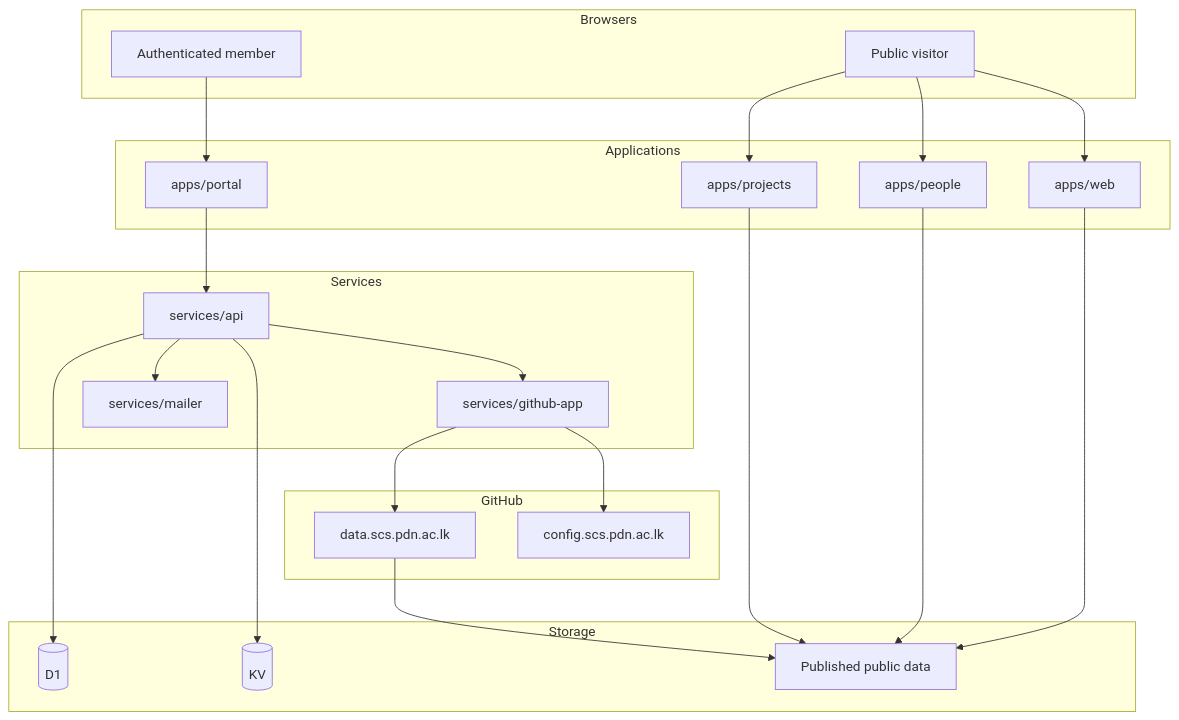
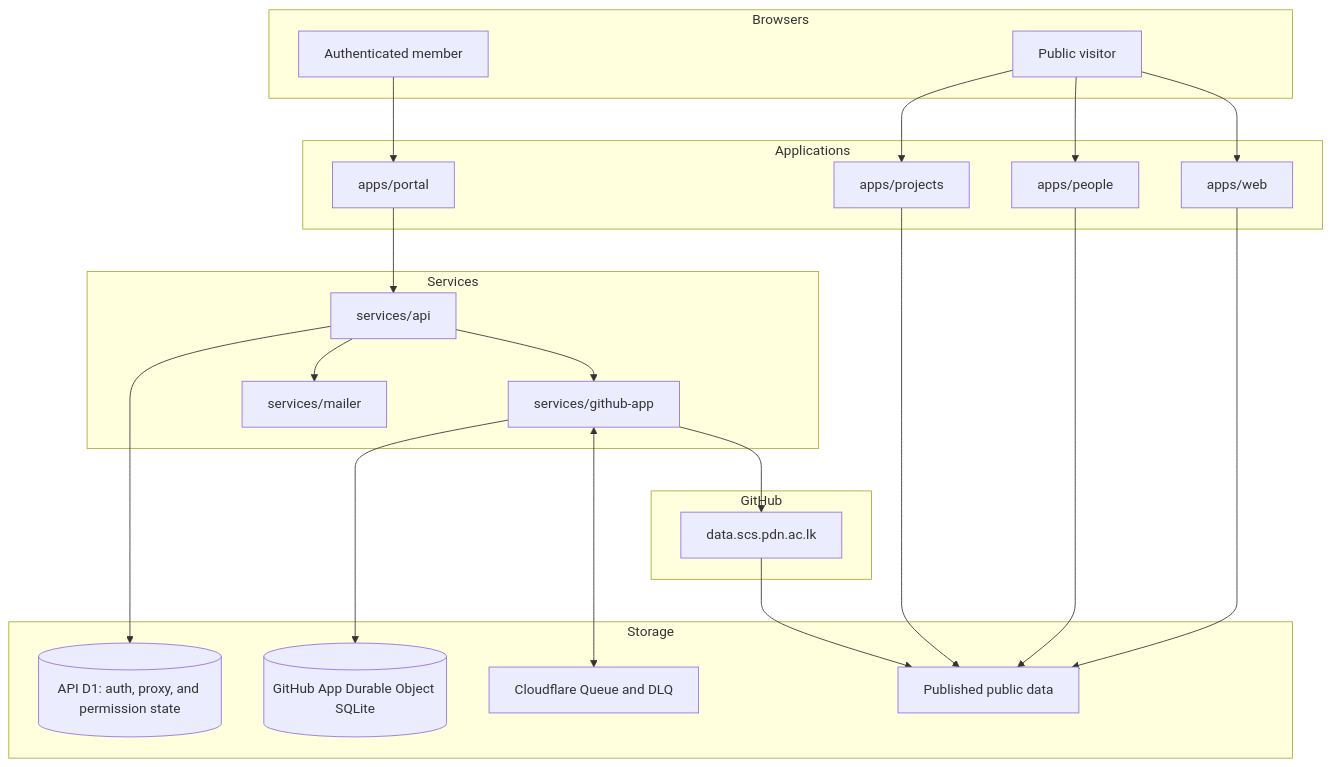
One commit to shamilaw-sci/CSC3213_20_Group_B changed the first of 5 diagrams in docs/ARCHITECTURE.md. Above: the diagram before and after it, drawn with Mermaid. The commit also changed other lines of this file and 50 other files, not shown here.

````diff
--- a/docs/ARCHITECTURE.md
+++ b/docs/ARCHITECTURE.md
@@ -14,47 +14,47 @@
 ```mermaid
 flowchart TB
   subgraph Browsers
     PublicUser[Public visitor]
     PortalUser[Authenticated member]
   end
 
   subgraph Applications
     Web[apps/web]
     People[apps/people]
     Projects[apps/projects]
     Portal[apps/portal]
   end
 
   subgraph Services
     API[services/api]
     GitHubApp[services/github-app]
     Mailer[services/mailer]
   end
 
   subgraph Storage
-    D1[(D1)]
-    KV[(KV)]
+    D1[(API D1: auth, proxy, and permission state)]
+    DO[(GitHub App Durable Object SQLite)]
+    Queue[Cloudflare Queue and DLQ]
     Data[Published public data]
   end
 
   subgraph GitHub
     DataRepo[data.scs.pdn.ac.lk]
-    ConfigRepo[config.scs.pdn.ac.lk]
   end
 
   PublicUser --> Web
   PublicUser --> People
   PublicUser --> Projects
   PortalUser --> Portal
   Web --> Data
   People --> Data
   Projects --> Data
   Portal --> API
   API --> D1
-  API --> KV
   API --> Mailer
   API --> GitHubApp
+  GitHubApp --> DO
+  GitHubApp <--> Queue
   GitHubApp --> DataRepo
-  GitHubApp --> ConfigRepo
   DataRepo --> Data
 ```
````
